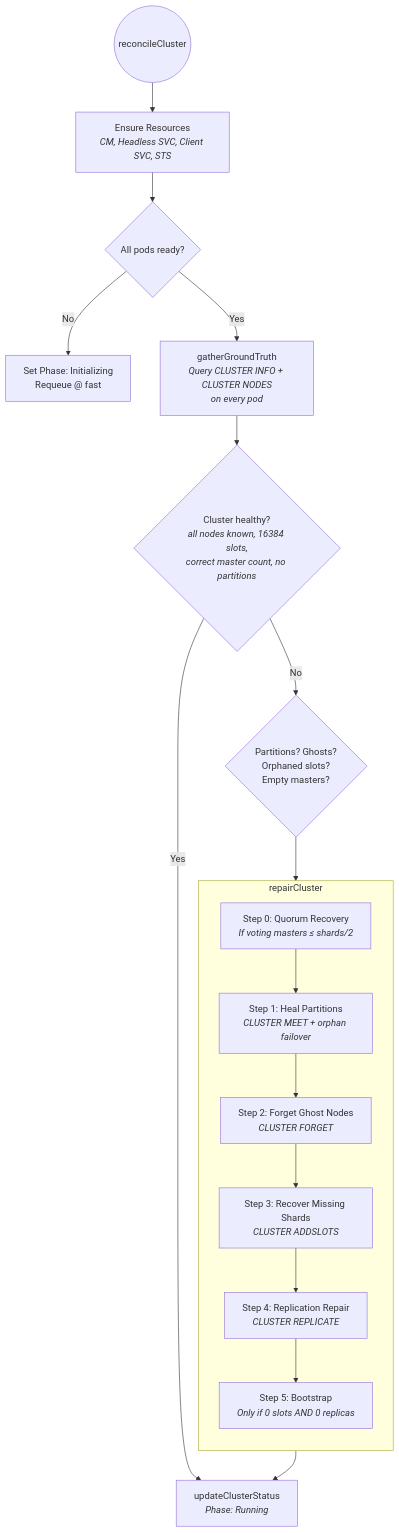
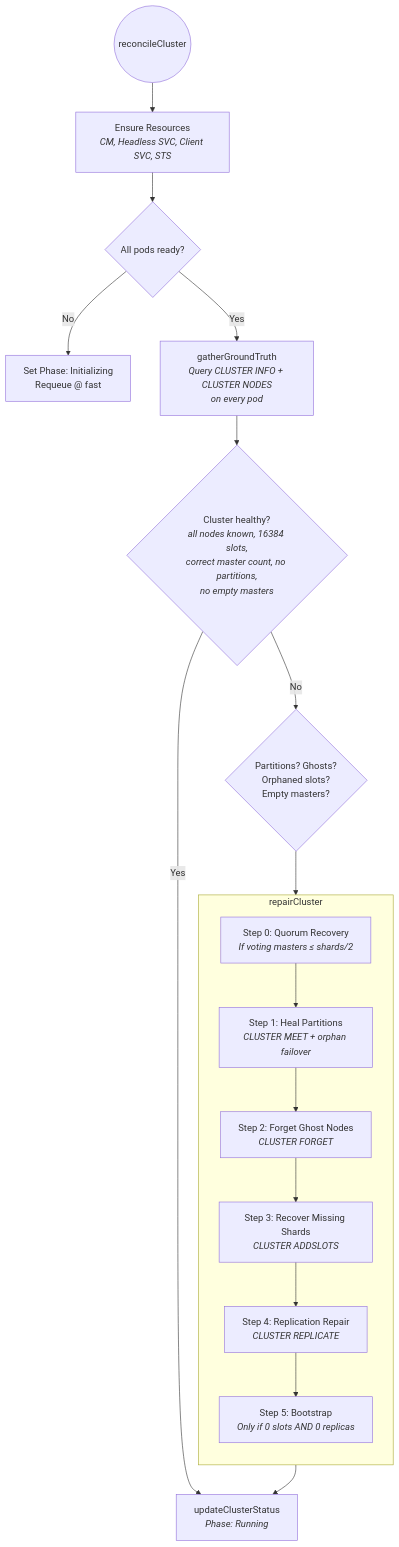
Before and after one commit to littlered-operator/littlered: the first of 4 diagrams in docs/RECONCILIATION_LOOP_CLUSTER.md, drawn with Mermaid. The commit also changed other lines of this file and 5 other files, not shown here.

````diff
--- a/docs/RECONCILIATION_LOOP_CLUSTER.md
+++ b/docs/RECONCILIATION_LOOP_CLUSTER.md
@@ -25,31 +25,31 @@
 ```mermaid
 graph TD
     Start((reconcileCluster)) --> Resources["Ensure Resources<br/><i>CM, Headless SVC, Client SVC, STS</i>"]
     Resources --> STSReady{All pods ready?}
 
     STSReady -- No --> WaitPods["Set Phase: Initializing<br/>Requeue @ fast"]
     STSReady -- Yes --> GatherGT["gatherGroundTruth<br/><i>Query CLUSTER INFO + CLUSTER NODES<br/>on every pod</i>"]
 
-    GatherGT --> HealthCheck{"Cluster healthy?<br/><i>all nodes known, 16384 slots,<br/>correct master count, no partitions</i>"}
+    GatherGT --> HealthCheck{"Cluster healthy?<br/><i>all nodes known, 16384 slots,<br/>correct master count, no partitions,<br/>no empty masters</i>"}
 
     HealthCheck -- Yes --> UpdateStatus["updateClusterStatus<br/><i>Phase: Running</i>"]
     HealthCheck -- No --> NeedsRepair{"Partitions? Ghosts?<br/>Orphaned slots?<br/>Empty masters?"}
     NeedsRepair --> RepairLoop
 
     subgraph RepairLoop ["repairCluster"]
         direction TB
         Step0["Step 0: Quorum Recovery<br/><i>If voting masters ≤ shards/2</i>"]
         Step0 --> Step1
         Step1["Step 1: Heal Partitions<br/><i>CLUSTER MEET + orphan failover</i>"]
         Step1 --> Step2
         Step2["Step 2: Forget Ghost Nodes<br/><i>CLUSTER FORGET</i>"]
         Step2 --> Step3
         Step3["Step 3: Recover Missing Shards<br/><i>CLUSTER ADDSLOTS</i>"]
         Step3 --> Step4
         Step4["Step 4: Replication Repair<br/><i>CLUSTER REPLICATE</i>"]
         Step4 --> Step5
         Step5["Step 5: Bootstrap<br/><i>Only if 0 slots AND 0 replicas</i>"]
     end
 
     RepairLoop --> UpdateStatus
 ```
````
